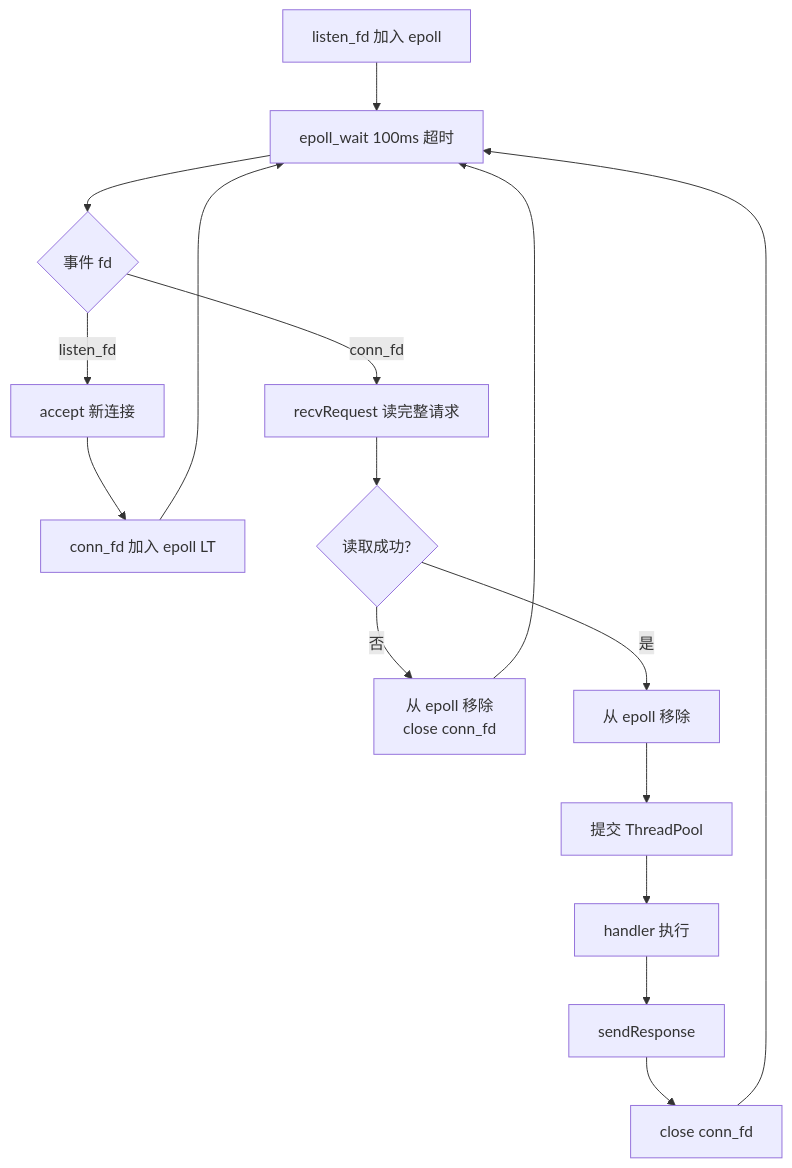
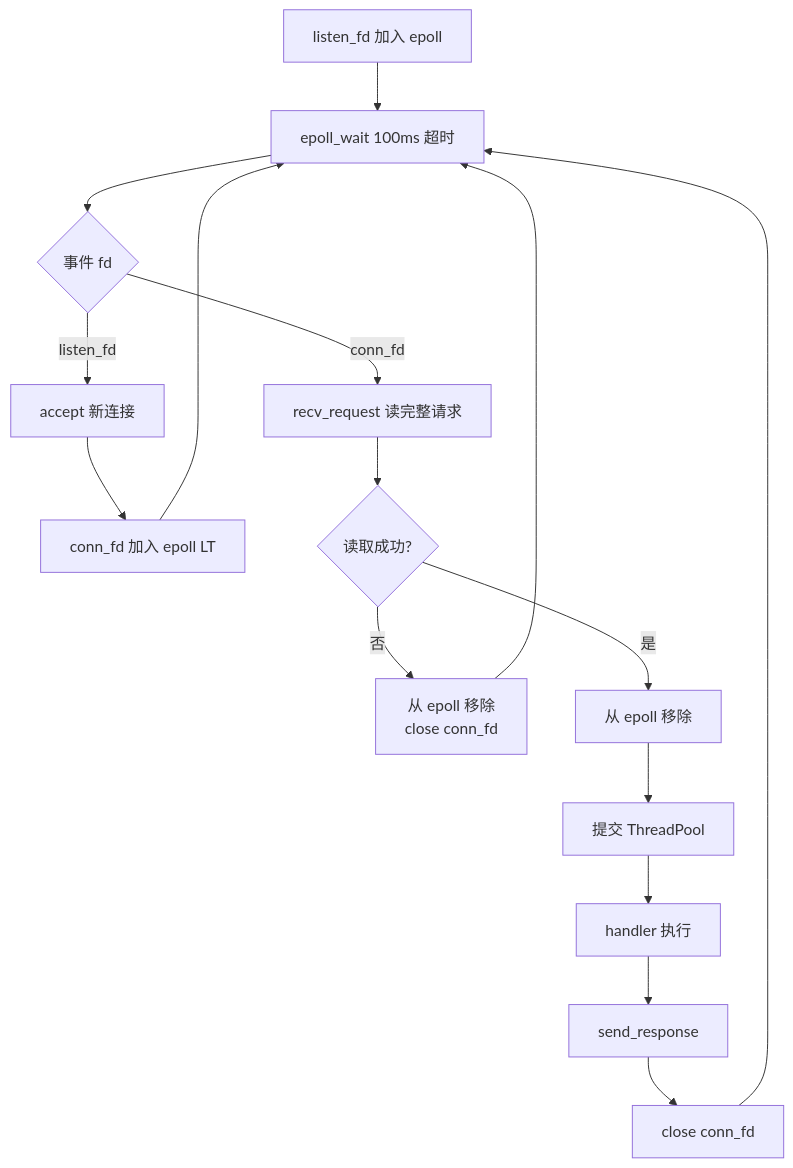
The fifth of 8 diagrams in docs/src/rpc/RPC.md (loskyertt/NetworkProgramming), drawn with Mermaid before and after one commit. The commit also changed other lines of this file and 3 other files, not shown here.

````diff
--- a/docs/src/rpc/RPC.md
+++ b/docs/src/rpc/RPC.md
@@ -968,18 +968,18 @@
 ```mermaid
 flowchart TD
     A[listen_fd 加入 epoll] --> B[epoll_wait 100ms 超时]
     B --> C{事件 fd}
     C -->|listen_fd| D[accept 新连接]
     D --> E[conn_fd 加入 epoll LT]
     E --> B
-    C -->|conn_fd| F[recvRequest 读完整请求]
+    C -->|conn_fd| F[recv_request 读完整请求]
     F --> G{读取成功?}
     G -->|否| H[从 epoll 移除<br/>close conn_fd]
     G -->|是| I[从 epoll 移除]
     I --> J[提交 ThreadPool]
     J --> K[handler 执行]
-    K --> L[sendResponse]
+    K --> L[send_response]
     L --> M[close conn_fd]
     H --> B
     M --> B
 ```
````
